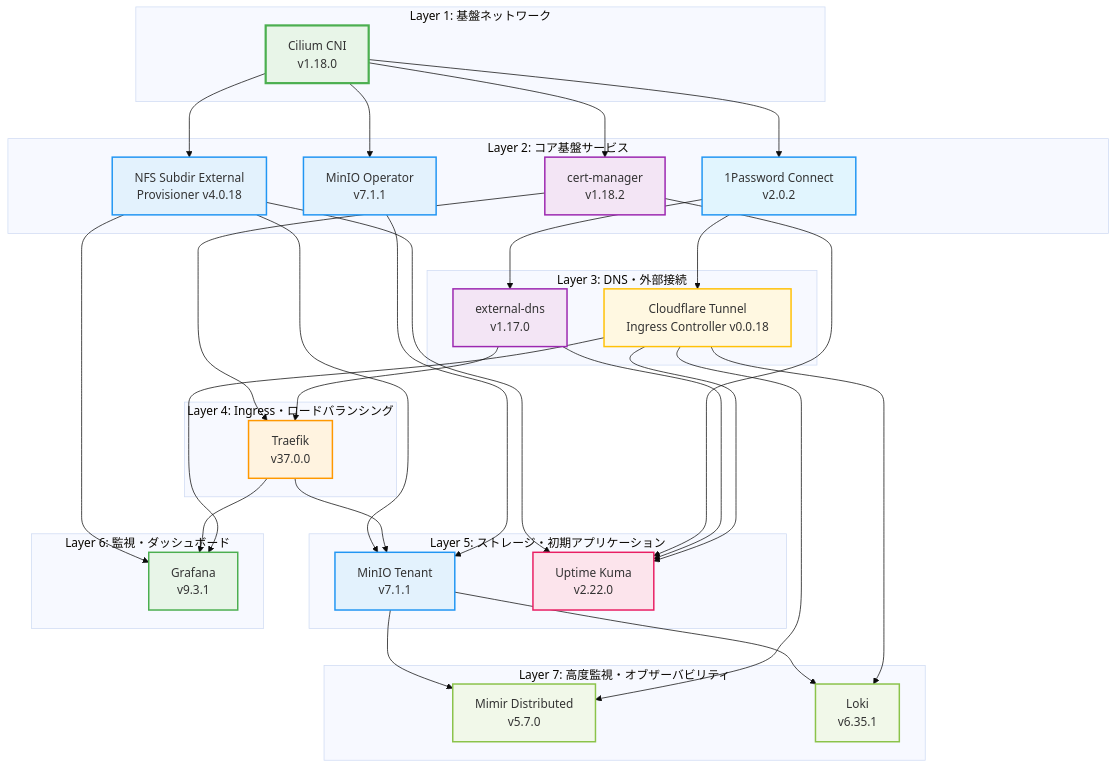
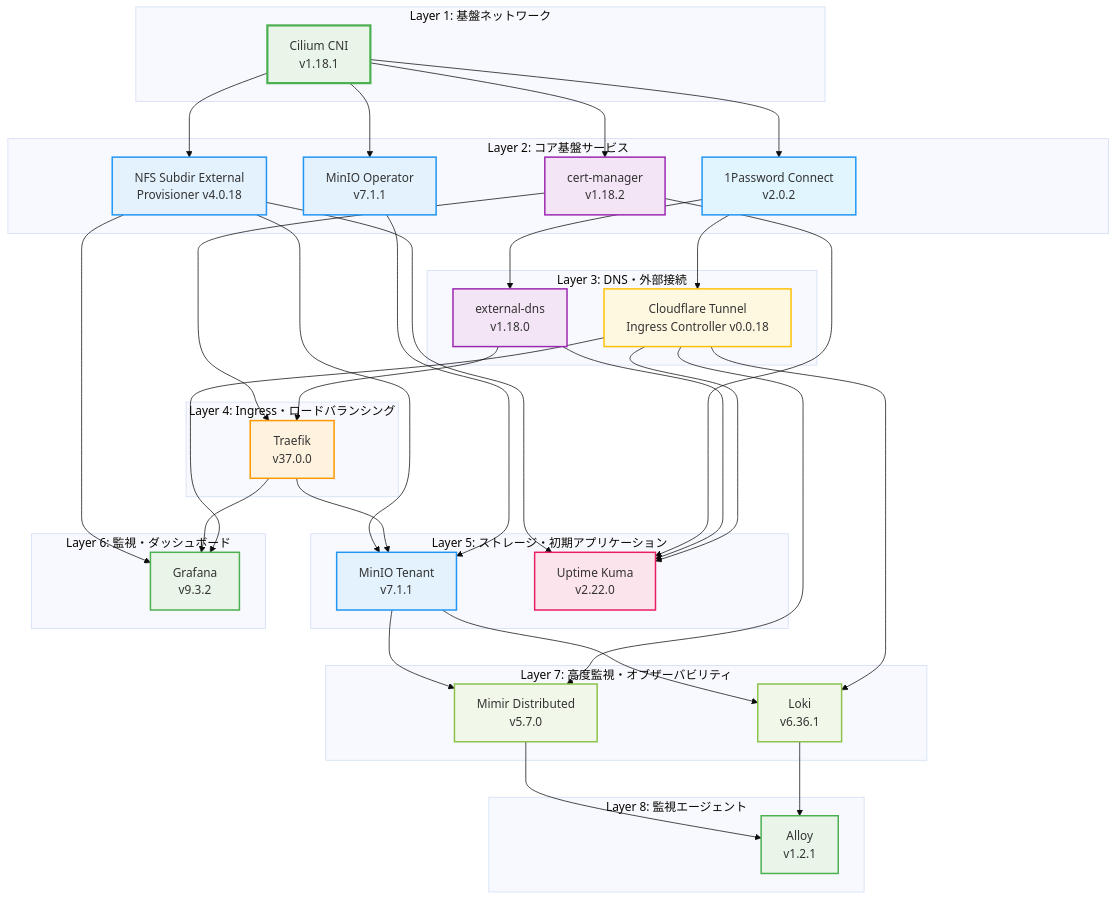
The diagram in helmfile/README.md (Soli0222/pke), drawn with Mermaid (base theme) before and after one commit. The commit also changed other lines of this file, not shown here.

Commit message:
Update helmfile README with correct versions and Alloy component

````diff
--- a/helmfile/README.md
+++ b/helmfile/README.md
@@ -81,7 +85,7 @@
 graph TD
     %% レイヤー1: 基盤ネットワーク
     subgraph "Layer 1: 基盤ネットワーク"
-        Cilium[Cilium CNI<br/>v1.18.0]
+        Cilium[Cilium CNI<br/>v1.18.1]
     end
 
     %% レイヤー2: コア基盤サービス
@@ -94,7 +98,7 @@
 
     %% レイヤー3: DNS・外部接続
     subgraph "Layer 3: DNS・外部接続"
-        ExternalDNS[external-dns<br/>v1.17.0]
+        ExternalDNS[external-dns<br/>v1.18.0]
         CFTunnel[Cloudflare Tunnel<br/>Ingress Controller v0.0.18]
     end
 
@@ -111,13 +115,18 @@
 
     %% レイヤー6: 監視・ダッシュボード
     subgraph "Layer 6: 監視・ダッシュボード"
-        Grafana[Grafana<br/>v9.3.1]
+        Grafana[Grafana<br/>v9.3.2]
     end
 
     %% レイヤー7: 高度監視・オブザーバビリティ
     subgraph "Layer 7: 高度監視・オブザーバビリティ"
         Mimir[Mimir Distributed<br/>v5.7.0]
-        Loki[Loki<br/>v6.35.1]
+        Loki[Loki<br/>v6.36.1]
+    end
+
+    %% レイヤー8: 監視エージェント
+    subgraph "Layer 8: 監視エージェント"
+        Alloy[Alloy<br/>v1.2.1]
     end
 
     %% 基本依存関係
@@ -156,6 +165,10 @@
     MinIOTenant --> Loki
     CFTunnel --> Loki
 
+    %% 監視エージェント依存関係
+    Mimir --> Alloy
+    Loki --> Alloy
+
     %% スタイリング
     style Cilium fill:#e8f5e8,stroke:#4caf50,stroke-width:3px
     style Connect fill:#e1f5fe,stroke:#2196f3,stroke-width:2px
@@ -170,4 +183,5 @@
     style Grafana fill:#e8f5e8,stroke:#4caf50,stroke-width:2px
     style Mimir fill:#f1f8e9,stroke:#8bc34a,stroke-width:2px
     style Loki fill:#f1f8e9,stroke:#8bc34a,stroke-width:2px
+    style Alloy fill:#e8f5e8,stroke:#4caf50,stroke-width:2px
 ```
````
